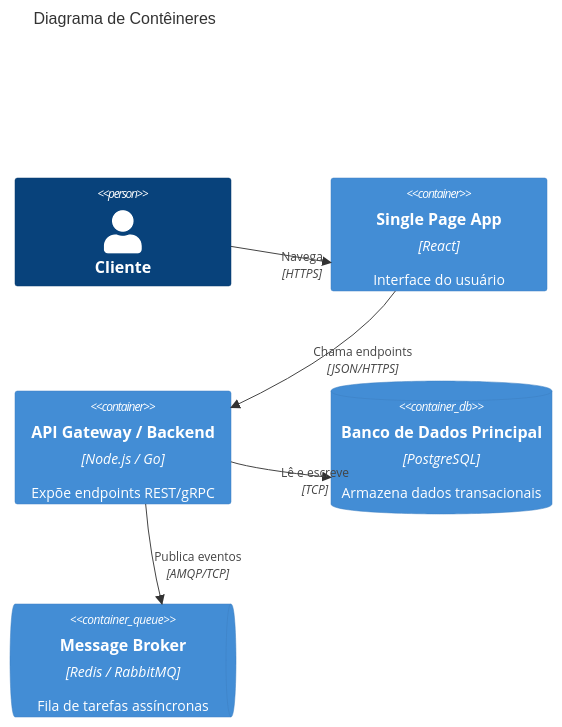
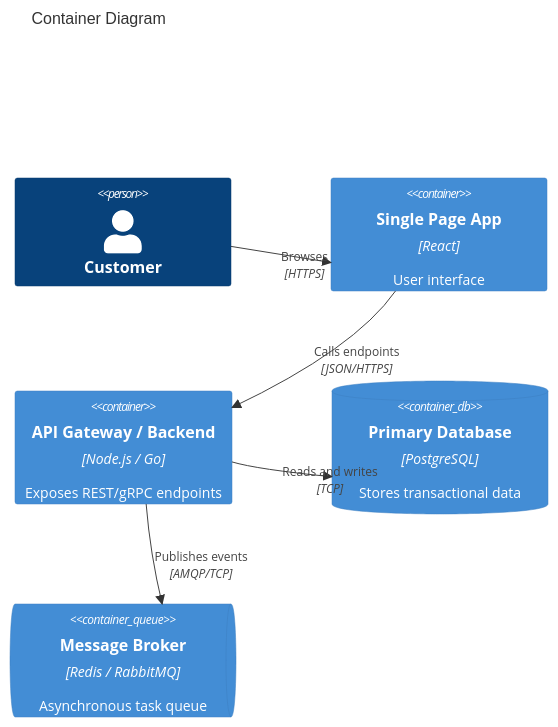
The diagram in skills/engineering/architect/references/add-template.md (alltomatos/skills), drawn with Mermaid before and after one commit. The commit also changed other lines of this file and 60 other files, not shown here.

````diff
--- a/skills/engineering/architect/references/add-template.md
+++ b/skills/engineering/architect/references/add-template.md
@@ -39,14 +39,14 @@
 ```mermaid
 C4Container
-    title Diagrama de Contêineres
-    Person(user, "Cliente")
-    Container(spa, "Single Page App", "React", "Interface do usuário")
-    Container(api, "API Gateway / Backend", "Node.js / Go", "Expõe endpoints REST/gRPC")
-    ContainerDb(db, "Banco de Dados Principal", "PostgreSQL", "Armazena dados transacionais")
-    ContainerQueue(queue, "Message Broker", "Redis / RabbitMQ", "Fila de tarefas assíncronas")
+    title Container Diagram
+    Person(user, "Customer")
+    Container(spa, "Single Page App", "React", "User interface")
+    Container(api, "API Gateway / Backend", "Node.js / Go", "Exposes REST/gRPC endpoints")
+    ContainerDb(db, "Primary Database", "PostgreSQL", "Stores transactional data")
+    ContainerQueue(queue, "Message Broker", "Redis / RabbitMQ", "Asynchronous task queue")
 
-    Rel(user, spa, "Navega", "HTTPS")
-    Rel(spa, api, "Chama endpoints", "JSON/HTTPS")
-    Rel(api, db, "Lê e escreve", "TCP")
-    Rel(api, queue, "Publica eventos", "AMQP/TCP")
+    Rel(user, spa, "Browses", "HTTPS")
+    Rel(spa, api, "Calls endpoints", "JSON/HTTPS")
+    Rel(api, db, "Reads and writes", "TCP")
+    Rel(api, queue, "Publishes events", "AMQP/TCP")
 ```
````
